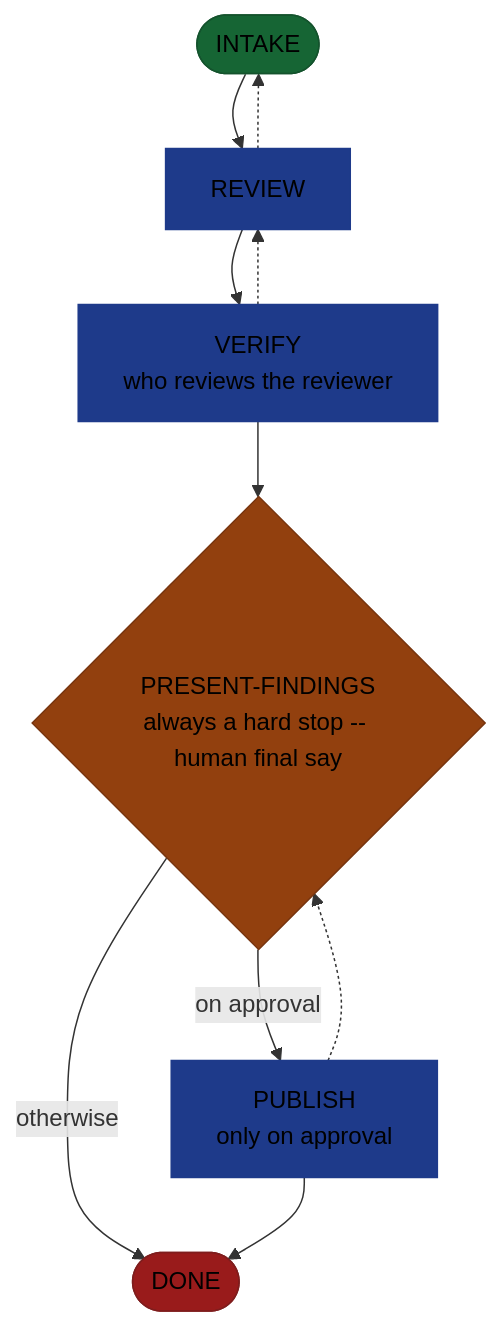
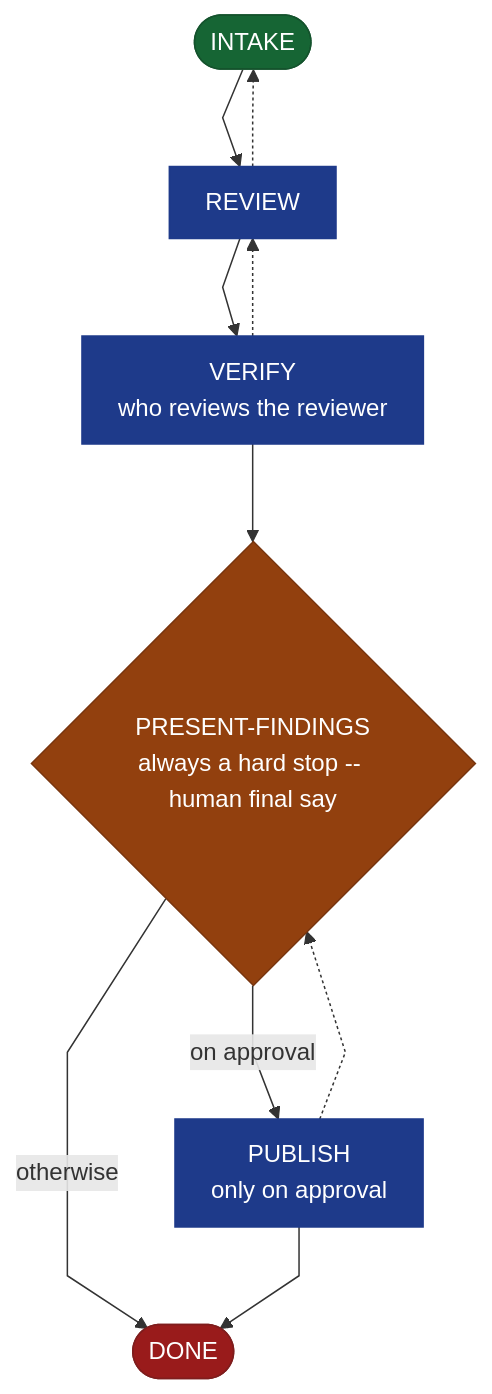
The diagram in site/src/content/docs/skills/aid-review.md (AndreVianna/aid-methodology), drawn with Mermaid before and after one commit. The commit also changed 37 other files, not shown here.

````diff
--- a/site/src/content/docs/skills/aid-review.md
+++ b/site/src/content/docs/skills/aid-review.md
@@ -20,36 +20,37 @@
 ```mermaid
+%%{init: {'flowchart': {'nodeSpacing': 55, 'rankSpacing': 65, 'curve': 'linear', 'padding': 12, 'useMaxWidth': true}}}%%
 flowchart TB
-  classDef aidNode color:inherit
+  classDef aidNode color:#fff
   classDef aidEntry fill:#166534,stroke:#14532d,color:#fff
   classDef aidExit fill:#991b1b,stroke:#7f1d1d,color:#fff
   classDef aidDecision fill:#92400e,stroke:#78350f,color:#fff
   classDef aidLoopBack fill:#1e3a8a,stroke:#1e3a8a,color:#fff
   classDef aidStep fill:#1a2035,stroke:#d4a853,color:#f1f5f9
   n1(["INTAKE"])
   n2["REVIEW"]
   n3["VERIFY<br/>who reviews the reviewer"]
   n4{"PRESENT-FINDINGS<br/>always a hard stop -- human final say"}
   n5["PUBLISH<br/>only on approval"]
   n6(["DONE"])
   n1 --> n2
   n2 -.-> n1
   n2 --> n3
   n3 -.-> n2
   n3 --> n4
   n4 -->|"on approval"| n5
   n4 -->|"otherwise"| n6
   n5 -.-> n4
   n5 --> n6
   class n1 aidEntry
   class n2 aidLoopBack
   class n3 aidLoopBack
   class n4 aidDecision
   class n5 aidLoopBack
   class n6 aidExit
   class n1 aidNode
   class n2 aidNode
   class n3 aidNode
   class n4 aidNode
   class n5 aidNode
   class n6 aidNode
 ```
````
